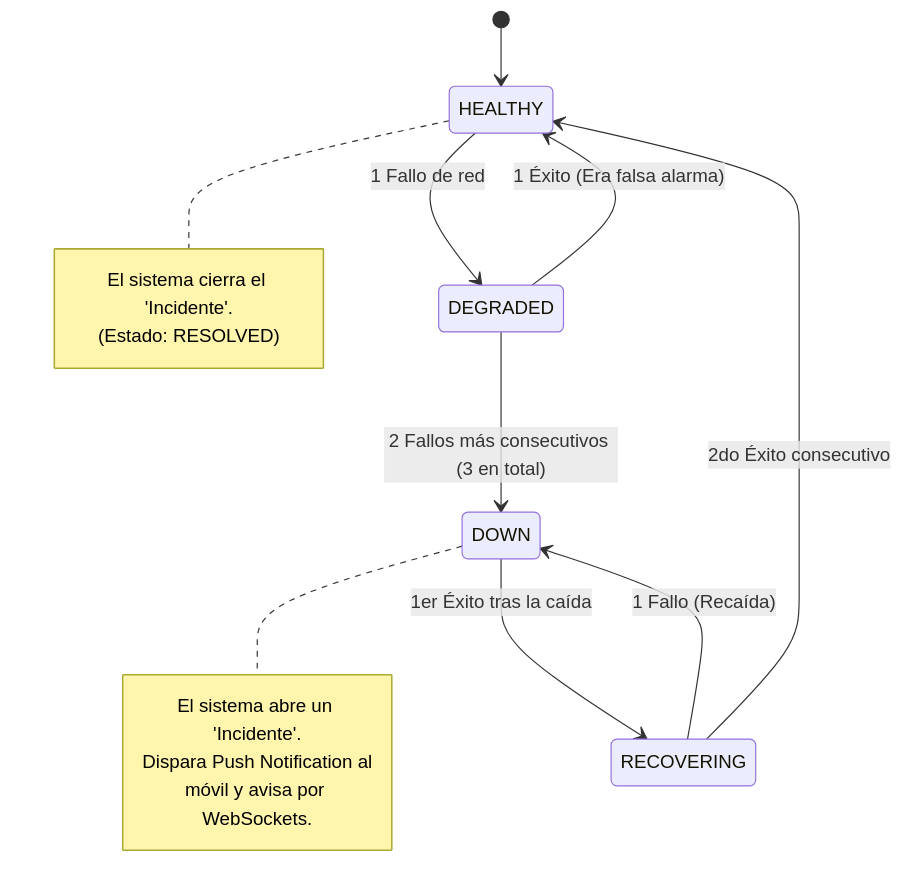
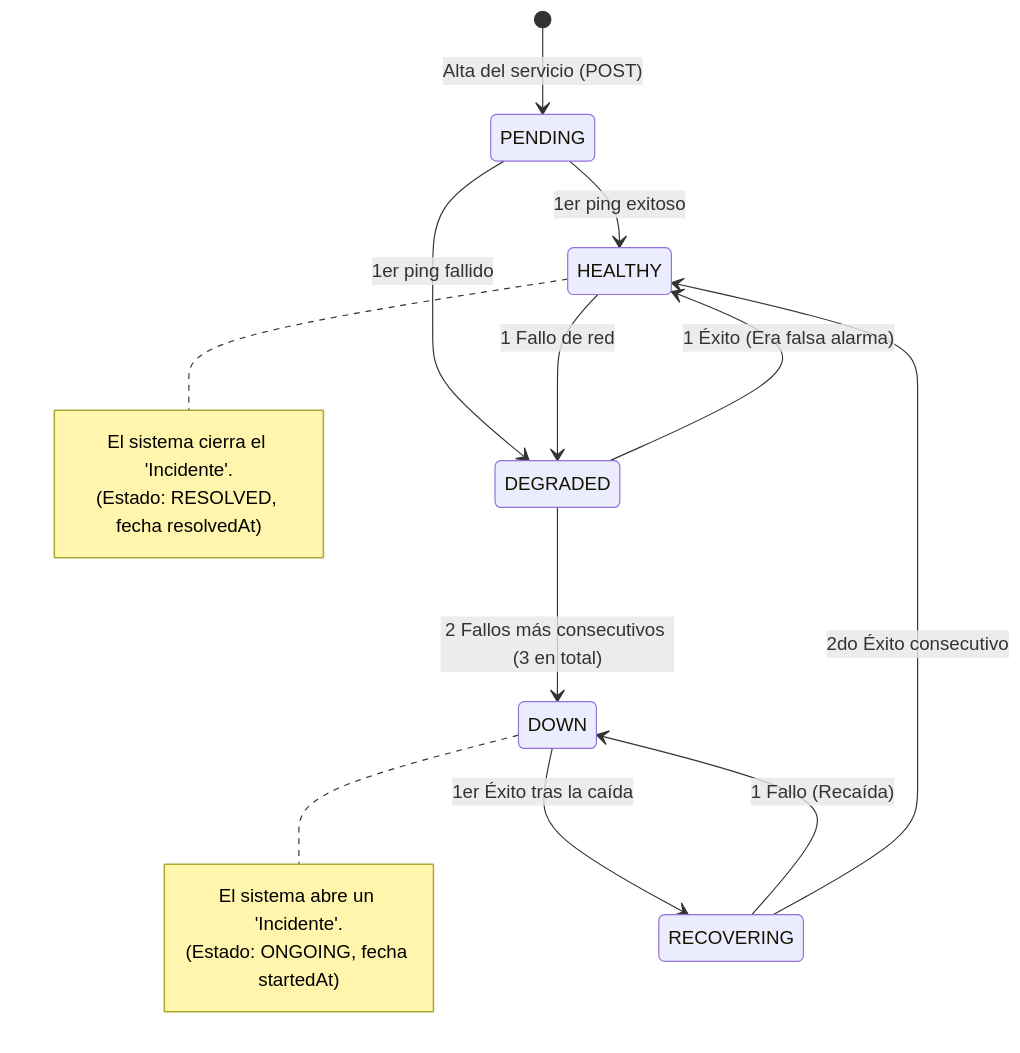
One commit to Marcosdaag/deploy-ops changed the second of 2 diagrams in docs/DOMAIN_AND_RULES.md. Above: the diagram before and after it, drawn with Mermaid. The commit also changed other lines of this file and 3 other files, not shown here.

````diff
--- a/docs/DOMAIN_AND_RULES.md
+++ b/docs/DOMAIN_AND_RULES.md
@@ -62,23 +46,25 @@
 ```mermaid
 stateDiagram-v2
-    [*] --> HEALTHY
-    
+    [*] --> PENDING : Alta del servicio (POST)
+
+    PENDING --> HEALTHY : 1er ping exitoso
+    PENDING --> DEGRADED : 1er ping fallido
+
     HEALTHY --> DEGRADED : 1 Fallo de red
     DEGRADED --> HEALTHY : 1 Éxito (Era falsa alarma)
-    
+
     DEGRADED --> DOWN : 2 Fallos más consecutivos (3 en total)
     note right of DOWN
       El sistema abre un 'Incidente'.
-      Dispara Push Notification al
-      móvil y avisa por WebSockets.
+      (Estado: ONGOING, fecha startedAt)
     end note
-    
+
     DOWN --> RECOVERING : 1er Éxito tras la caída
     RECOVERING --> DOWN : 1 Fallo (Recaída)
-    
+
     RECOVERING --> HEALTHY : 2do Éxito consecutivo
     note right of HEALTHY
       El sistema cierra el 'Incidente'.
-      (Estado: RESOLVED)
+      (Estado: RESOLVED, fecha resolvedAt)
     end note
 ```
````
